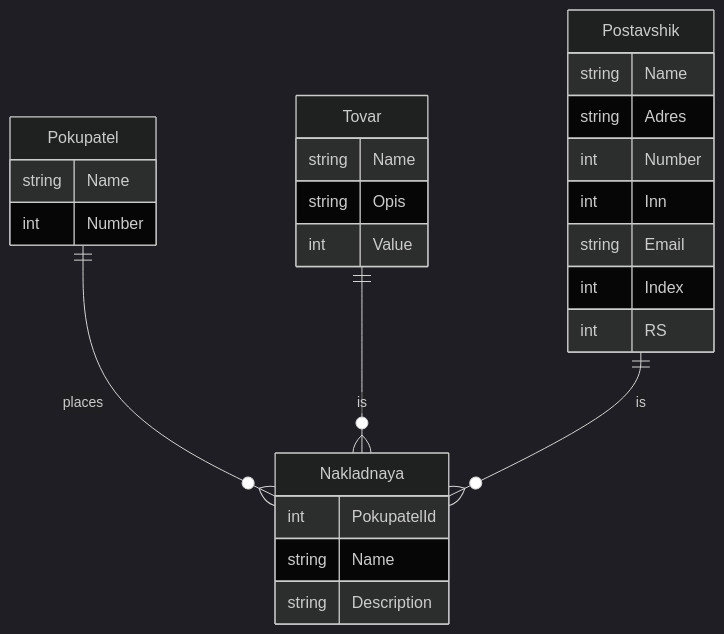
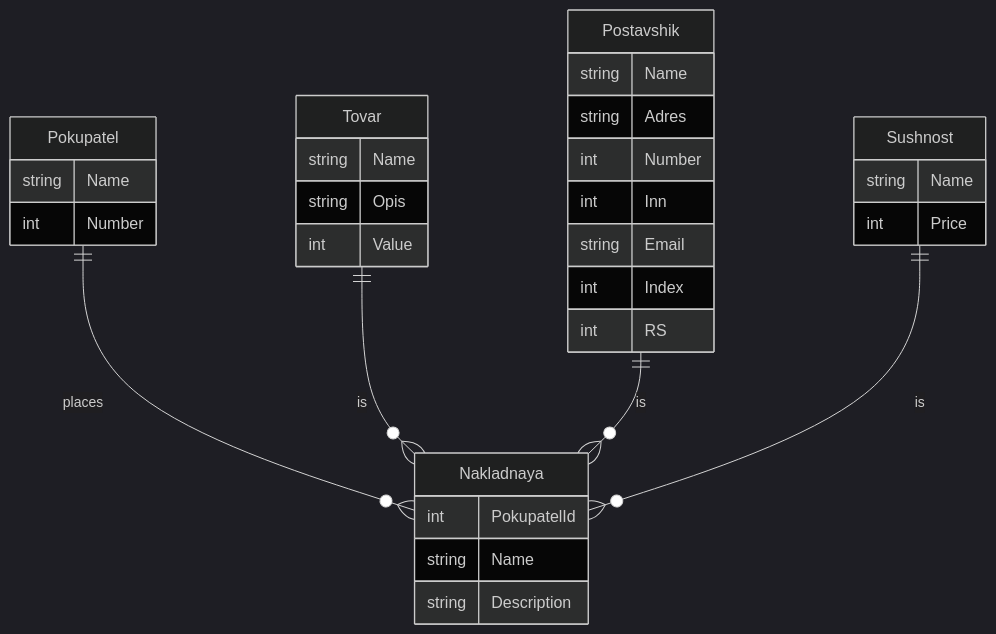
The diagram in README.md (andreydddd/Konditer), drawn with Mermaid (dark theme) before and after one commit.

````diff
--- a/README.md
+++ b/README.md
@@ -9,30 +9,35 @@
 ```mermaid
 erDiagram
     Pokupatel ||--o{ Nakladnaya : places
     Pokupatel {
         string Name
         int Number
     }
   
     Nakladnaya {
         int PokupatelId
         string Name
         string Description
     }
   Tovar ||--o{ Nakladnaya: is
     Tovar {
         string Name
         string Opis
         int Value
     }
  Postavshik ||--o{ Nakladnaya: is
   Postavshik {
     string Name
     string Adres
     int Number
     int Inn
     string Email
     int Index
     int RS
    }
+Sushnost ||--o{ Nakladnaya: is
+Sushnost {
+string Name
+int Price
+}
 ```
````
